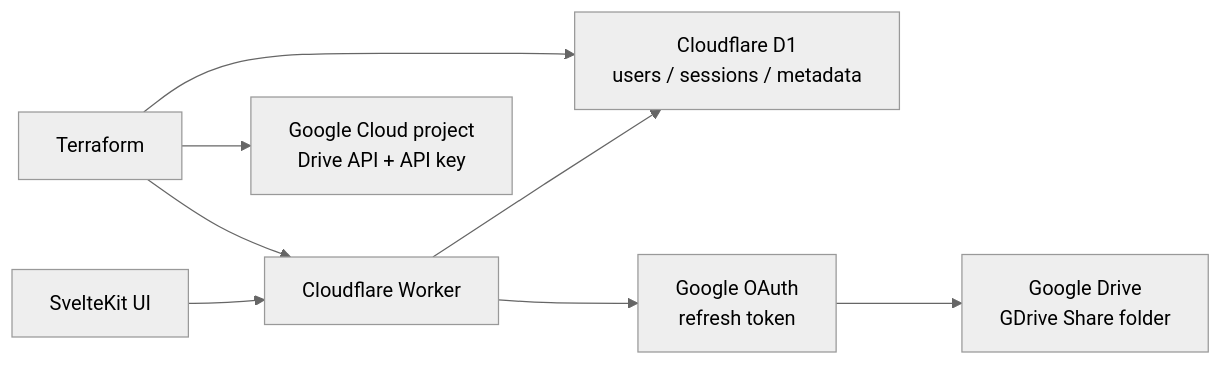
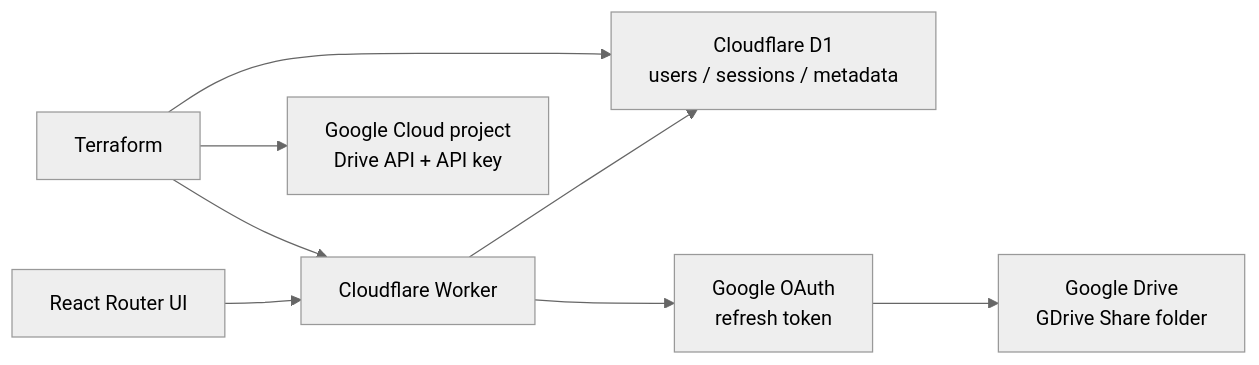
Before and after one commit to roro128/gdrive-shere: the diagram in README.md, drawn with Mermaid (neutral theme). The commit also changed other lines of this file and 337 other files, not shown here.

Commit message:
refactor: simplify workspace architecture and user flows

````diff
--- a/README.md
+++ b/README.md
@@ -42,10 +42,10 @@
 ```mermaid
 flowchart LR
-  Browser["SvelteKit UI"] --> Worker["Cloudflare Worker"]
+  Browser["React Router UI"] --> Worker["Cloudflare Worker"]
   Worker --> D1["Cloudflare D1\nusers / sessions / metadata"]
   Worker --> OAuth["Google OAuth\nrefresh token"]
   OAuth --> Drive["Google Drive\nGDrive Share folder"]
   Terraform["Terraform"] --> Worker
   Terraform --> D1
   Terraform --> GCP["Google Cloud project\nDrive API + API key"]
 ```
````
